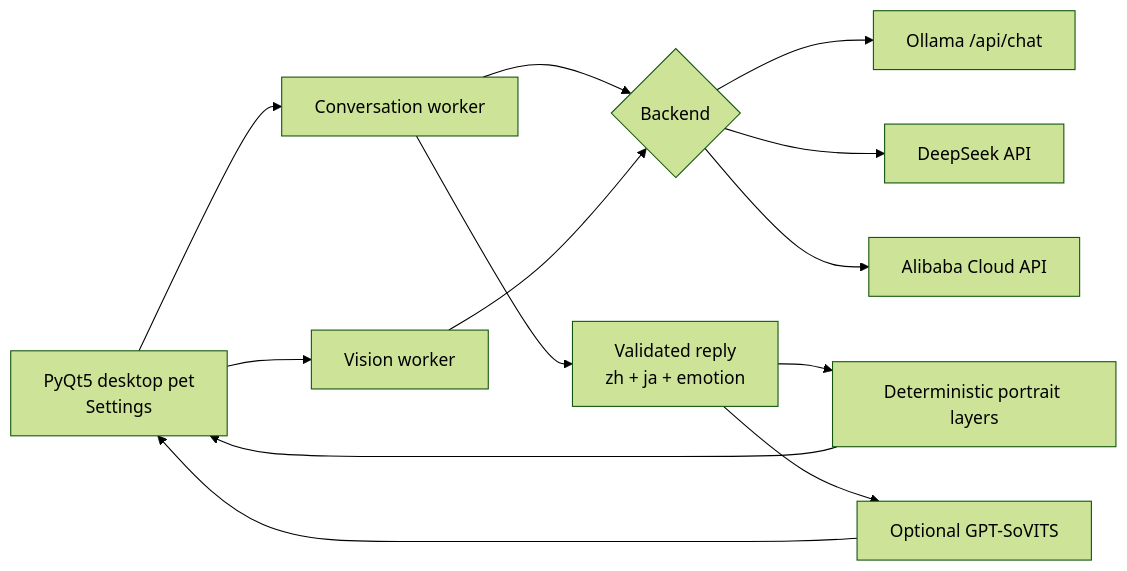
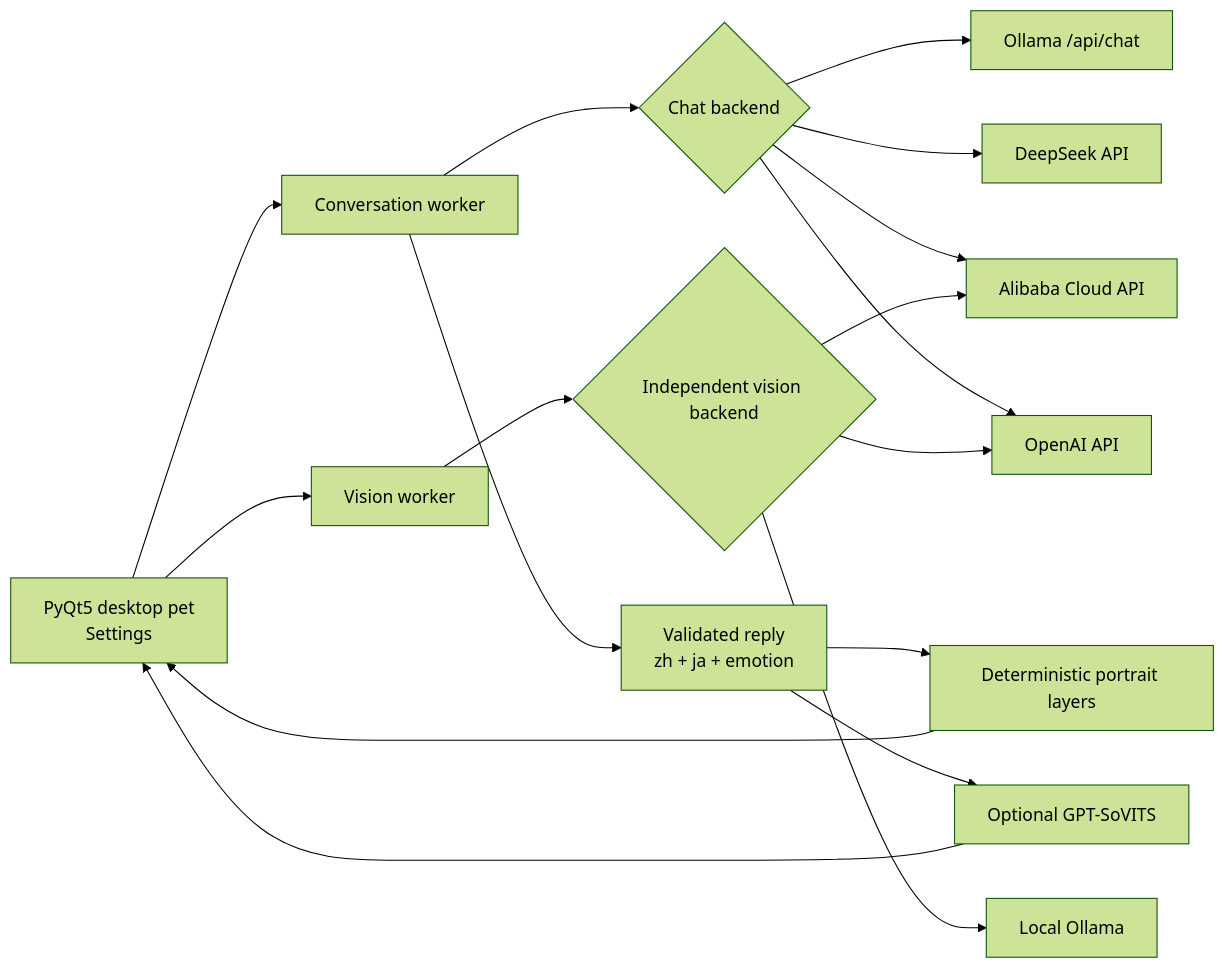
Before and after one commit to kuxiaowo/AIpet-Murasame: the diagram in README.md, drawn with Mermaid (forest theme). The commit also changed other lines of this file and 16 other files, not shown here.

````diff
--- a/README.md
+++ b/README.md
@@ -69,15 +74,19 @@
 ```mermaid
 flowchart LR
     UI["PyQt5 desktop pet<br>Settings"] --> C["Conversation worker"]
     UI --> V["Vision worker"]
-    C --> B{"Backend"}
-    V --> B
-    B --> O["Ollama /api/chat"]
-    B --> D["DeepSeek API"]
-    B --> A["Alibaba Cloud API"]
+    C --> CB{"Chat backend"}
+    V --> VB{"Independent vision backend"}
+    CB --> O["Ollama /api/chat"]
+    CB --> D["DeepSeek API"]
+    CB --> A["Alibaba Cloud API"]
+    CB --> OA["OpenAI API"]
+    VB --> VO["Local Ollama"]
+    VB --> A
+    VB --> OA
     C --> R["Validated reply<br>zh + ja + emotion"]
     R --> P["Deterministic portrait layers"]
     R --> T["Optional GPT-SoVITS"]
     P --> UI
     T --> UI
 ```
````
